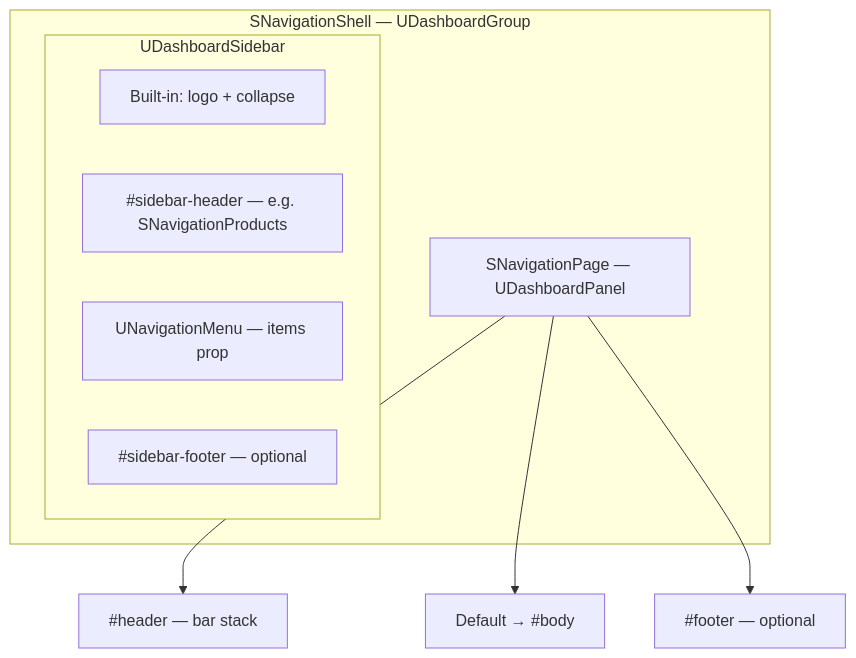
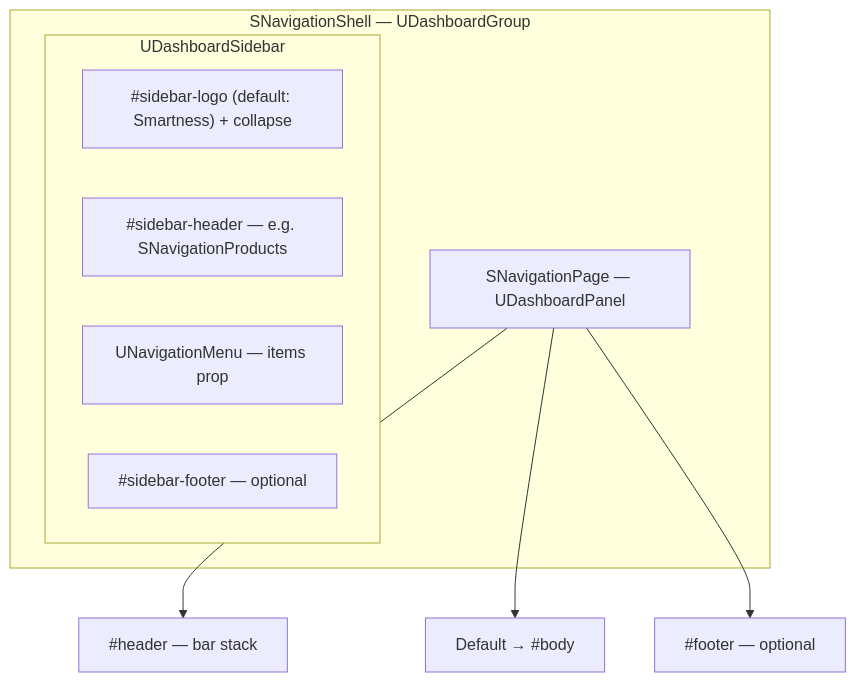
One commit to smartpricing/smartness-nuxt-ui changed the diagram in docs/navigation.md. Above: the diagram before and after it, drawn with Mermaid. The commit also changed other lines of this file and 2 other files, not shown here.

Commit message:
fix: logo and slot option

````diff
--- a/docs/navigation.md
+++ b/docs/navigation.md
@@ -15,15 +15,15 @@
 ```mermaid
 flowchart TB
 	subgraph shell["SNavigationShell — UDashboardGroup"]
 		subgraph sidebar["UDashboardSidebar"]
-			logo["Built-in: logo + collapse"]
+			logo["#sidebar-logo (default: Smartness) + collapse"]
 			sh["#sidebar-header — e.g. SNavigationProducts"]
 			menu["UNavigationMenu — items prop"]
 			sf["#sidebar-footer — optional"]
 		end
 		page["SNavigationPage — UDashboardPanel"]
 	end
 	page --> ph["#header — bar stack"]
 	page --> pb["Default → #body"]
 	page --> pf["#footer — optional"]
 ```
````
